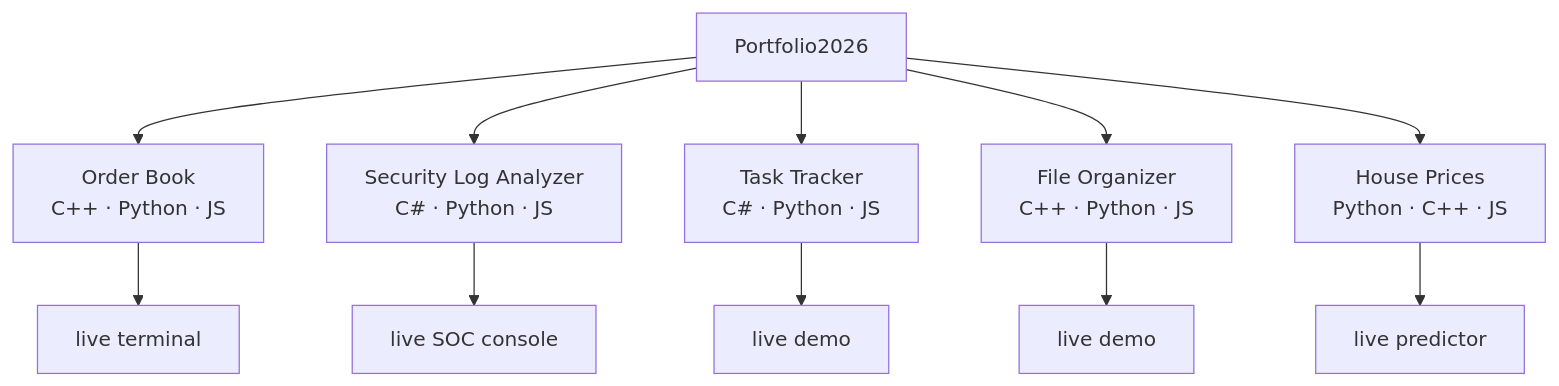
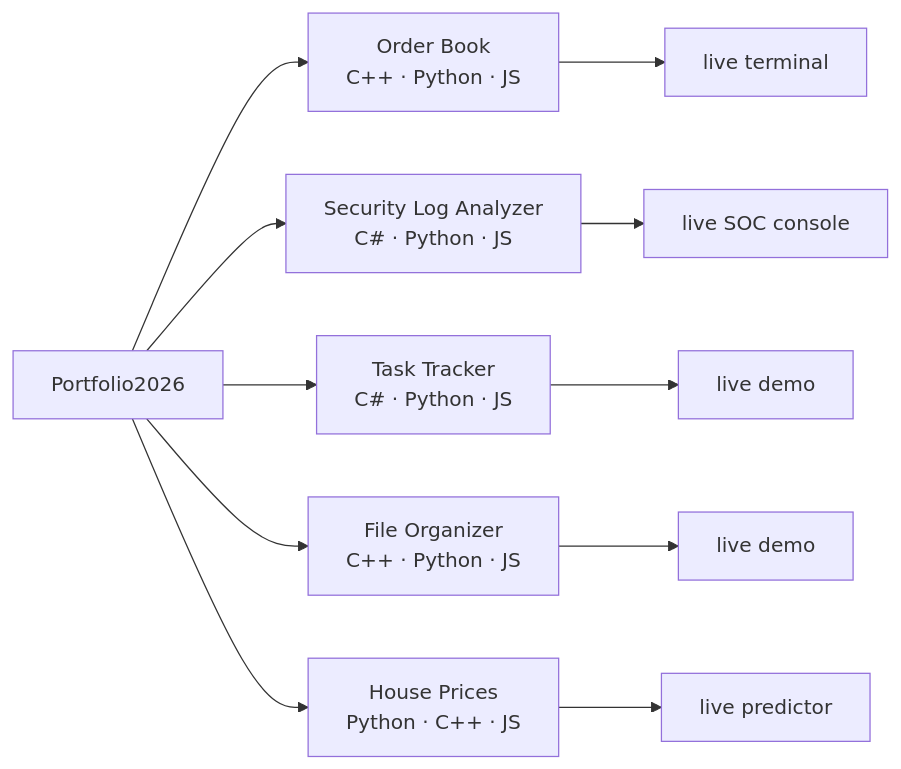
Before and after one commit to ryanwien/Portfolio2026: the first of 2 diagrams in README.md, drawn with Mermaid.

Commit message:
Keep the front page diagrams clear of GitHub's zoom controls
The viewer pins its zoom and pan buttons to the right edge of the diagram
box, so anything sitting out there is covered. The project map lost its
last demo node behind them and the equivalence chart lost half of the
drifted branch.

Both are narrower now, so they centre with room to spare and the buttons
sit over empty space.

````diff
--- a/README.md
+++ b/README.md
@@ -29,14 +29,9 @@
 ```mermaid
-flowchart TD
+flowchart LR
   P["Portfolio2026"]
-  P --> M["Order Book<br>C++ · Python · JS"]
-  P --> S["Security Log Analyzer<br>C# · Python · JS"]
-  P --> T["Task Tracker<br>C# · Python · JS"]
-  P --> F["File Organizer<br>C++ · Python · JS"]
-  P --> H["House Prices<br>Python · C++ · JS"]
-  M --> MD["live terminal"]
-  S --> SD["live SOC console"]
-  T --> TD["live demo"]
-  F --> FD["live demo"]
-  H --> HD["live predictor"]
+  P --> M["Order Book<br>C++ · Python · JS"] --> MD["live terminal"]
+  P --> S["Security Log Analyzer<br>C# · Python · JS"] --> SD["live SOC console"]
+  P --> T["Task Tracker<br>C# · Python · JS"] --> TD["live demo"]
+  P --> F["File Organizer<br>C++ · Python · JS"] --> FD["live demo"]
+  P --> H["House Prices<br>Python · C++ · JS"] --> HD["live predictor"]
 ```
````
